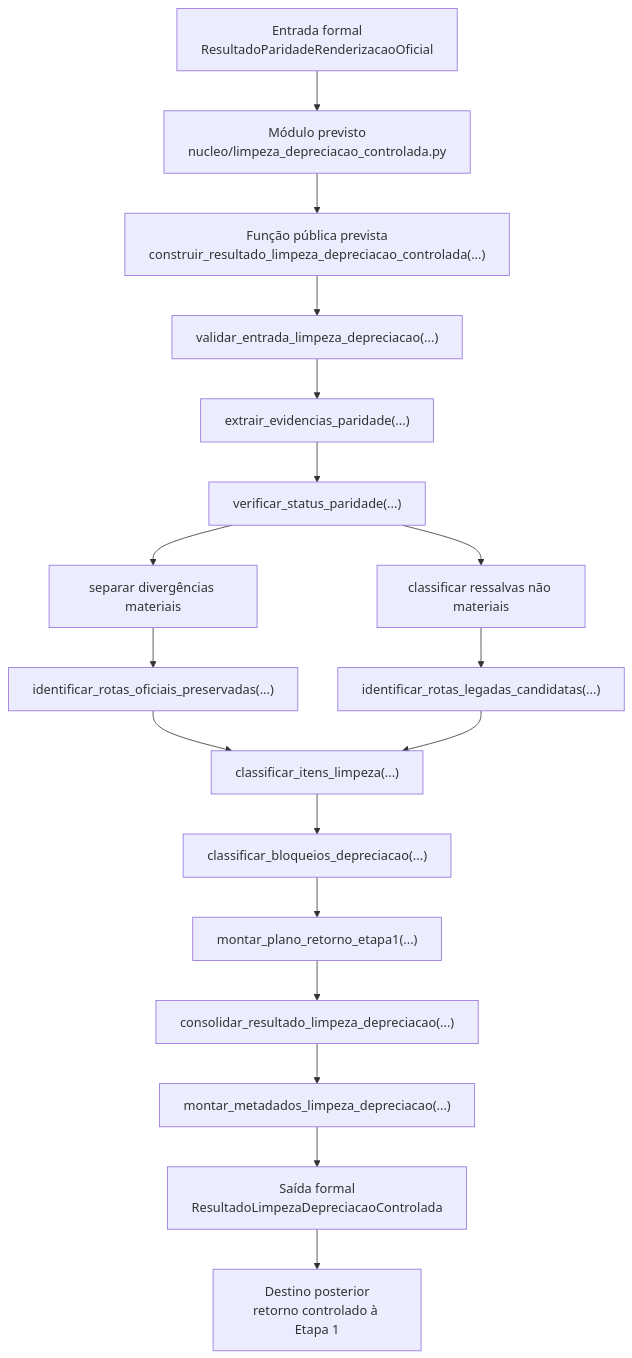
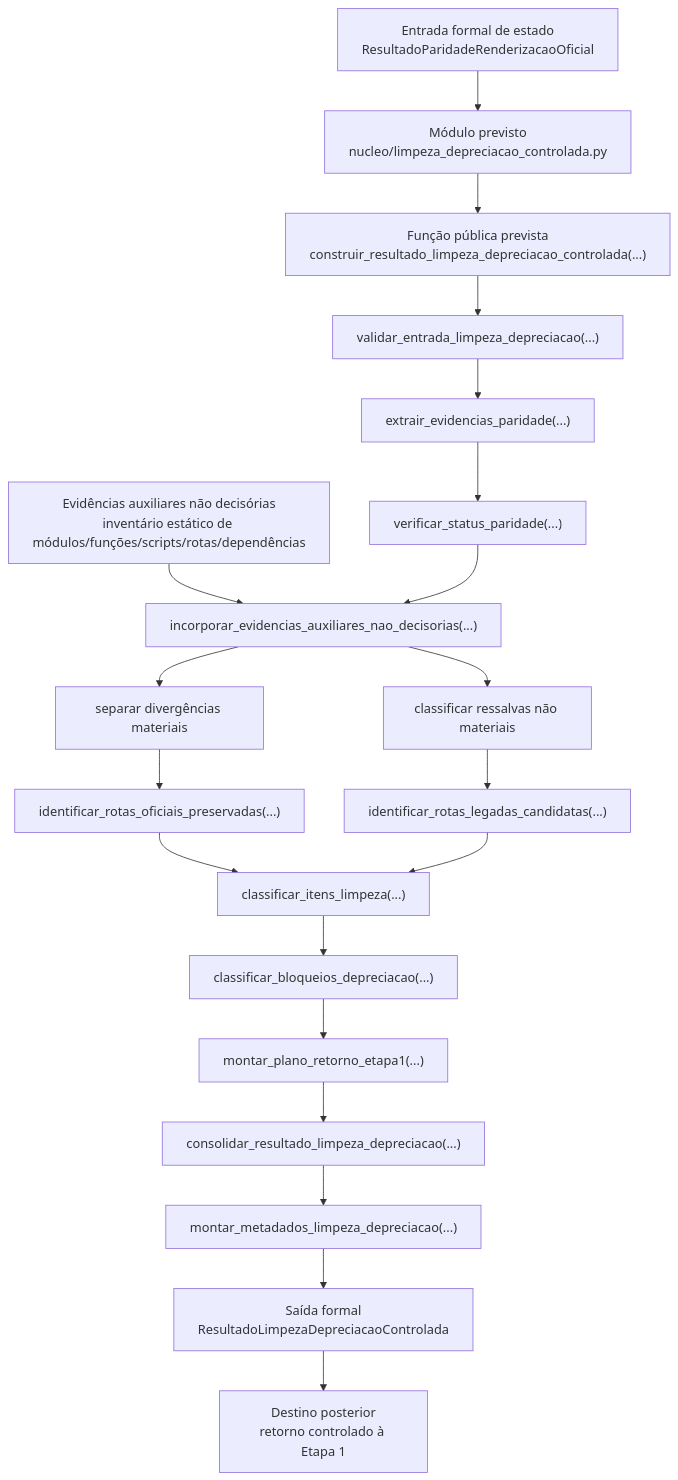
The diagram in relatorios/principais/contratos_individuais/CONTRATO_ETAPA11_LIMPEZA_DEPRECIACAO_CONTROLADA.md (WevertonGomesCosta/payment-investment-allocation), drawn with Mermaid before and after one commit. The commit also changed other lines of this file, not shown here.

````diff
--- a/relatorios/principais/contratos_individuais/CONTRATO_ETAPA11_LIMPEZA_DEPRECIACAO_CONTROLADA.md
+++ b/relatorios/principais/contratos_individuais/CONTRATO_ETAPA11_LIMPEZA_DEPRECIACAO_CONTROLADA.md
@@ -289,27 +309,29 @@
 ```mermaid
 flowchart TD
-    IN["Entrada formal<br/>ResultadoParidadeRenderizacaoOficial"] --> MOD["Módulo previsto<br/>nucleo/limpeza_depreciacao_controlada.py"]
+    IN["Entrada formal de estado<br/>ResultadoParidadeRenderizacaoOficial"] --> MOD["Módulo previsto<br/>nucleo/limpeza_depreciacao_controlada.py"]
+    AUX["Evidências auxiliares não decisórias<br/>inventário estático de módulos/funções/scripts/rotas/dependências"] --> EVID["incorporar_evidencias_auxiliares_nao_decisorias(...)"]
 
     MOD --> FUNC["Função pública prevista<br/>construir_resultado_limpeza_depreciacao_controlada(...)"]
 
     FUNC --> VAL["validar_entrada_limpeza_depreciacao(...)"]
     VAL --> EXT["extrair_evidencias_paridade(...)"]
     EXT --> STAT["verificar_status_paridade(...)"]
+    STAT --> EVID
 
-    STAT --> MAT["separar divergências materiais"]
-    STAT --> RESS["classificar ressalvas não materiais"]
+    EVID --> MAT["separar divergências materiais"]
+    EVID --> RESS["classificar ressalvas não materiais"]
 
     MAT --> OFIC["identificar_rotas_oficiais_preservadas(...)"]
     RESS --> LEG["identificar_rotas_legadas_candidatas(...)"]
 
     OFIC --> CLASS["classificar_itens_limpeza(...)"]
     LEG --> CLASS
 
     CLASS --> BLOQ["classificar_bloqueios_depreciacao(...)"]
     BLOQ --> RET["montar_plano_retorno_etapa1(...)"]
     RET --> CONSOL["consolidar_resultado_limpeza_depreciacao(...)"]
     CONSOL --> META["montar_metadados_limpeza_depreciacao(...)"]
 
     META --> OUT["Saída formal<br/>ResultadoLimpezaDepreciacaoControlada"]
     OUT --> DEST["Destino posterior<br/>retorno controlado à Etapa 1"]
 ```
````
